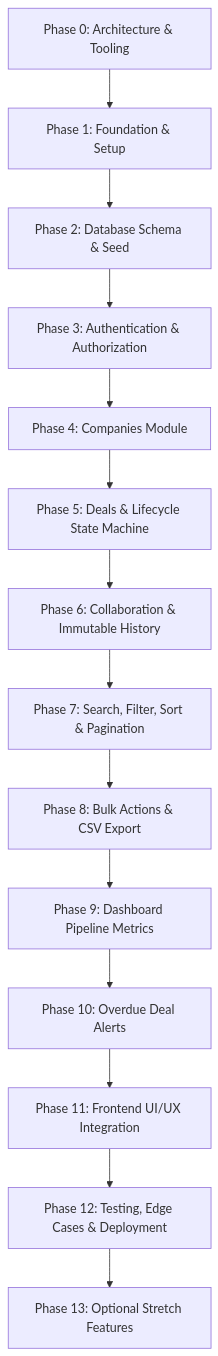
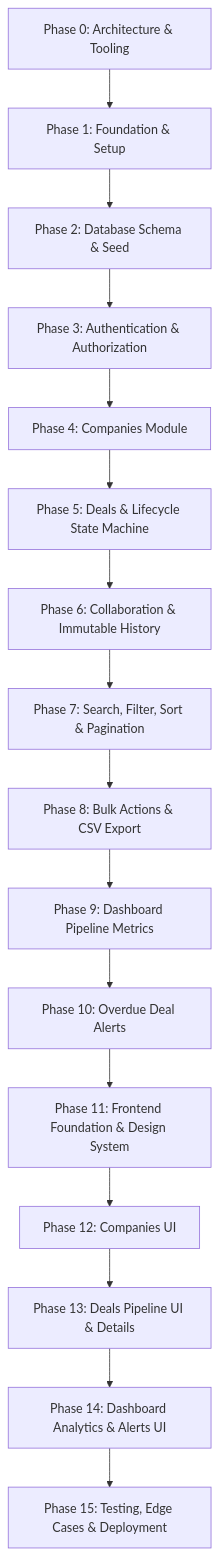
Before and after one commit to vedrathavi/Busy-Assignment: the diagram in docs/plan.md, drawn with Mermaid. The commit also changed other lines of this file and 91 other files, not shown here.

````diff
--- a/docs/plan.md
+++ b/docs/plan.md
@@ -11,16 +11,18 @@
 ```mermaid
 graph TD
     P0[Phase 0: Architecture & Tooling] --> P1[Phase 1: Foundation & Setup]
     P1 --> P2[Phase 2: Database Schema & Seed]
     P2 --> P3[Phase 3: Authentication & Authorization]
     P3 --> P4[Phase 4: Companies Module]
     P4 --> P5[Phase 5: Deals & Lifecycle State Machine]
     P5 --> P6[Phase 6: Collaboration & Immutable History]
     P6 --> P7[Phase 7: Search, Filter, Sort & Pagination]
     P7 --> P8[Phase 8: Bulk Actions & CSV Export]
     P8 --> P9[Phase 9: Dashboard Pipeline Metrics]
     P9 --> P10[Phase 10: Overdue Deal Alerts]
-    P10 --> P11[Phase 11: Frontend UI/UX Integration]
-    P11 --> P12[Phase 12: Testing, Edge Cases & Deployment]
-    P12 --> P13[Phase 13: Optional Stretch Features]
+    P10 --> P11[Phase 11: Frontend Foundation & Design System]
+    P11 --> P12[Phase 12: Companies UI]
+    P12 --> P13[Phase 13: Deals Pipeline UI & Details]
+    P13 --> P14[Phase 14: Dashboard Analytics & Alerts UI]
+    P14 --> P15[Phase 15: Testing, Edge Cases & Deployment]
 ```
````
